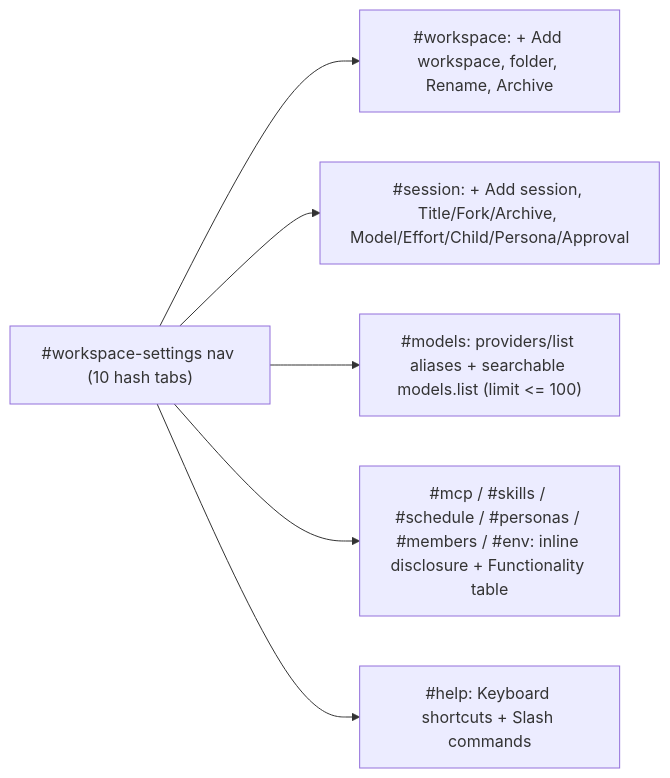
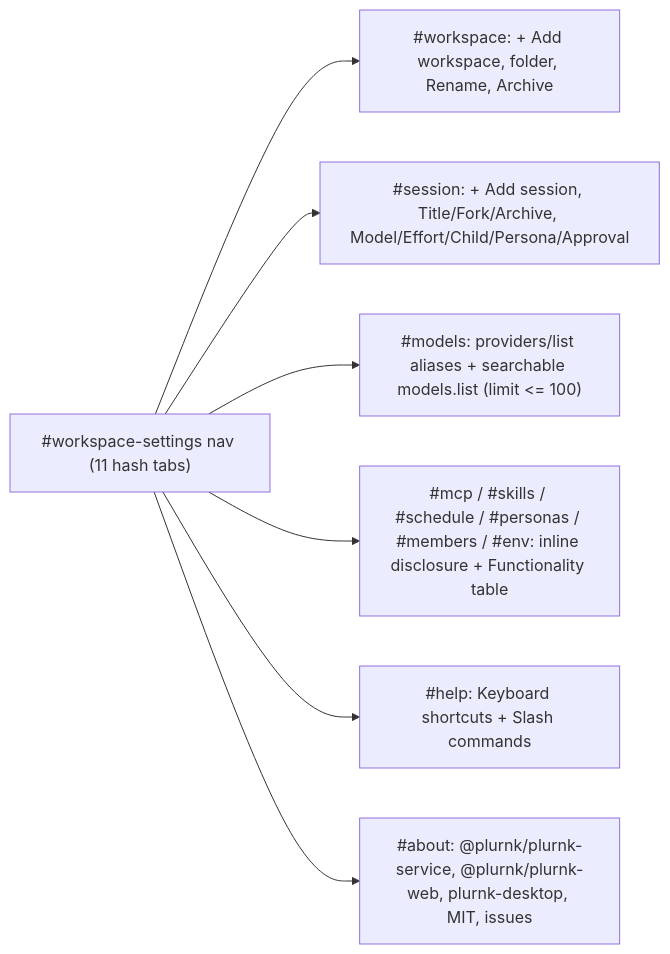
One commit to plurnk/plurnk-web changed the first of 2 diagrams in SPEC.md. Above: the diagram before and after it, drawn with Mermaid. The commit also changed other lines of this file and 94 other files, not shown here.

Commit message:
refactor(web)!: converge on pure ACP, OIDC PKCE, and PLURNK_ACP_URL (#152)

````diff
--- a/SPEC.md
+++ b/SPEC.md
@@ -363,8 +266,9 @@
 ```mermaid
 flowchart LR
-    Nav["#workspace-settings nav (10 hash tabs)"] --> WS["#workspace: + Add workspace, folder, Rename, Archive"]
+    Nav["#workspace-settings nav (11 hash tabs)"] --> WS["#workspace: + Add workspace, folder, Rename, Archive"]
     Nav --> Sess["#session: + Add session, Title/Fork/Archive, Model/Effort/Child/Persona/Approval"]
     Nav --> Models["#models: providers/list aliases + searchable models.list (limit <= 100)"]
     Nav --> Fam["#mcp / #skills / #schedule / #personas / #members / #env: inline disclosure + Functionality table"]
     Nav --> Help["#help: Keyboard shortcuts + Slash commands"]
+    Nav --> About["#about: @plurnk/plurnk-service, @plurnk/plurnk-web, plurnk-desktop, MIT, issues"]
 ```
````
